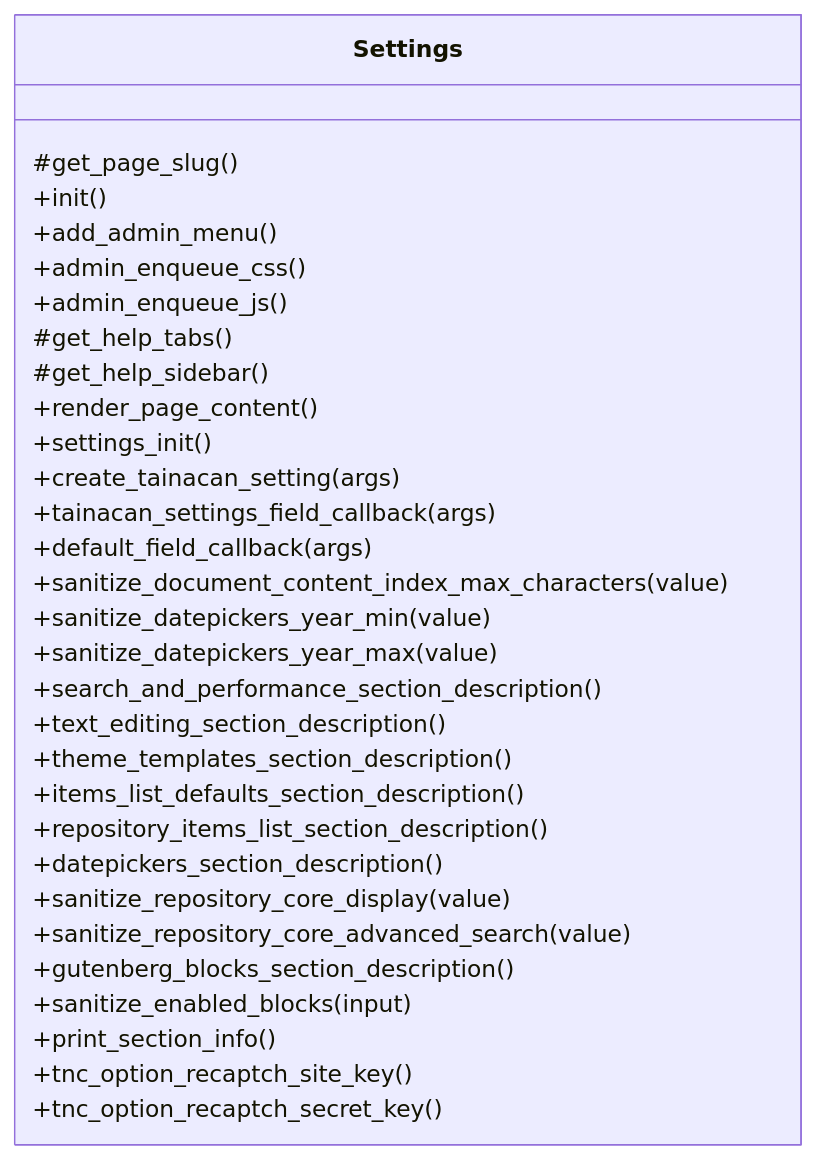
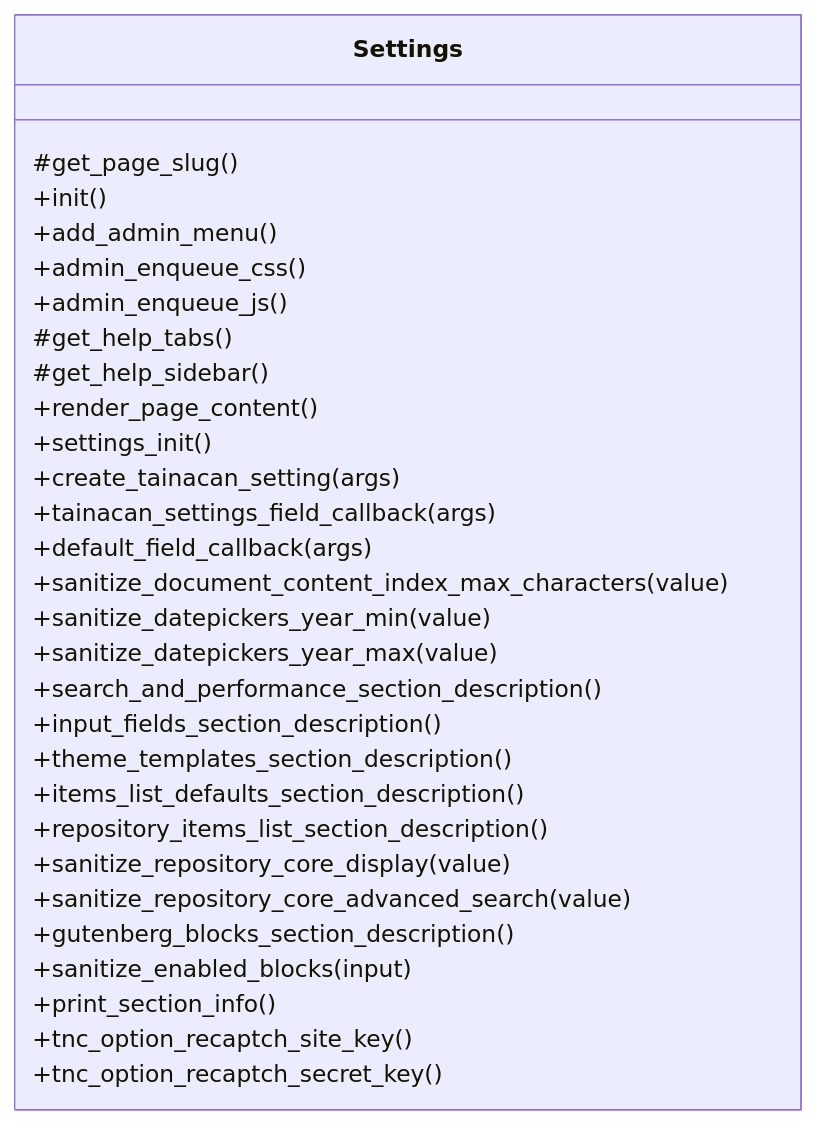
Before and after one commit to tainacan/tainacan: the diagram in docs/phpdoc/classes/Tainacan/Settings.mmd, drawn with Mermaid. The commit also changed 6 other files, not shown here.

Commit message:
Group editor and datepicker settings under Input fields

```diff
--- a/docs/phpdoc/classes/Tainacan/Settings.mmd
+++ b/docs/phpdoc/classes/Tainacan/Settings.mmd
@@ -1,32 +1,31 @@
 classDiagram
     direction TB
     class Settings {
         #get_page_slug()
         +init()
         +add_admin_menu()
         +admin_enqueue_css()
         +admin_enqueue_js()
         #get_help_tabs()
         #get_help_sidebar()
         +render_page_content()
         +settings_init()
         +create_tainacan_setting(args)
         +tainacan_settings_field_callback(args)
         +default_field_callback(args)
         +sanitize_document_content_index_max_characters(value)
         +sanitize_datepickers_year_min(value)
         +sanitize_datepickers_year_max(value)
         +search_and_performance_section_description()
-        +text_editing_section_description()
+        +input_fields_section_description()
         +theme_templates_section_description()
         +items_list_defaults_section_description()
         +repository_items_list_section_description()
-        +datepickers_section_description()
         +sanitize_repository_core_display(value)
         +sanitize_repository_core_advanced_search(value)
         +gutenberg_blocks_section_description()
         +sanitize_enabled_blocks(input)
         +print_section_info()
         +tnc_option_recaptch_site_key()
         +tnc_option_recaptch_secret_key()
     }
```
